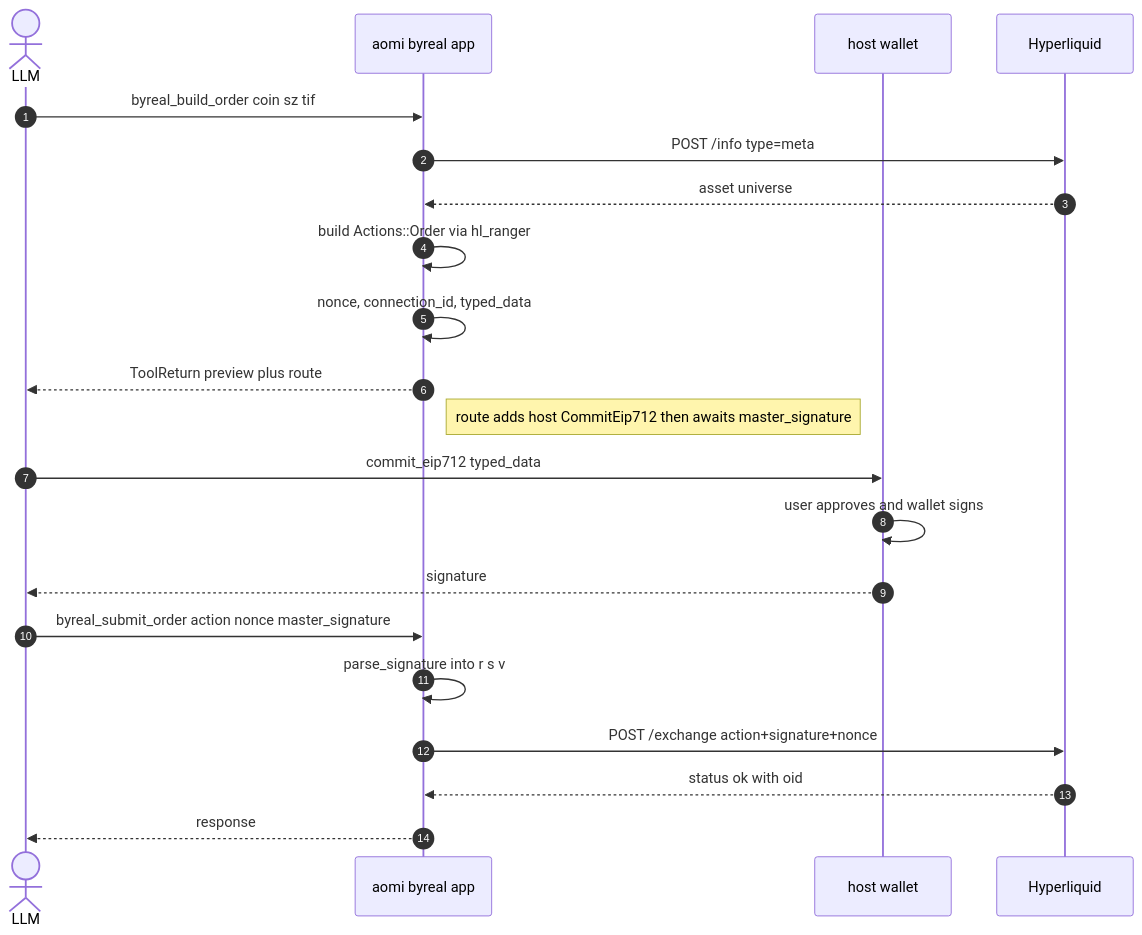
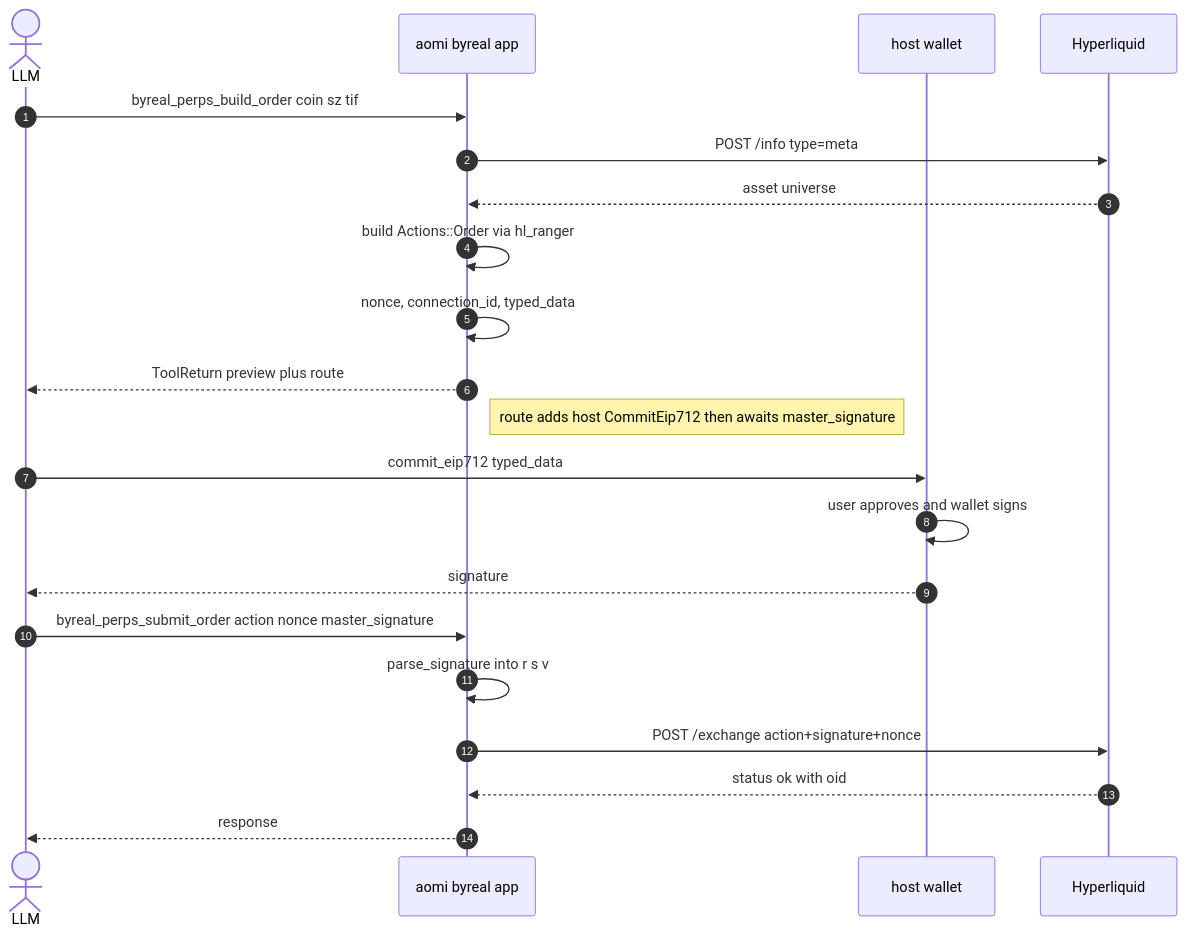
Before and after one commit to theAstralProgrammer0/aomi-sdk: the third of 6 diagrams in apps/byreal/BYREAL_CLI_FLOWS.md, drawn with Mermaid. The commit also changed other lines of this file and 16 other files, not shown here.

````diff
--- a/apps/byreal/BYREAL_CLI_FLOWS.md
+++ b/apps/byreal/BYREAL_CLI_FLOWS.md
@@ -100,26 +100,26 @@
 ```mermaid
 sequenceDiagram
     autonumber
     actor LLM
     participant App as aomi byreal app
     participant Host as host wallet
     participant HL as Hyperliquid
 
-    LLM->>App: byreal_build_order coin sz tif
+    LLM->>App: byreal_perps_build_order coin sz tif
     App->>HL: POST /info type=meta
     HL-->>App: asset universe
     App->>App: build Actions::Order via hl_ranger
     App->>App: nonce, connection_id, typed_data
     App-->>LLM: ToolReturn preview plus route
     Note right of App: route adds host CommitEip712 then awaits master_signature
 
     LLM->>Host: commit_eip712 typed_data
     Host->>Host: user approves and wallet signs
     Host-->>LLM: signature
 
-    LLM->>App: byreal_submit_order action nonce master_signature
+    LLM->>App: byreal_perps_submit_order action nonce master_signature
     App->>App: parse_signature into r s v
     App->>HL: POST /exchange action+signature+nonce
     HL-->>App: status ok with oid
     App-->>LLM: response
 ```
````
